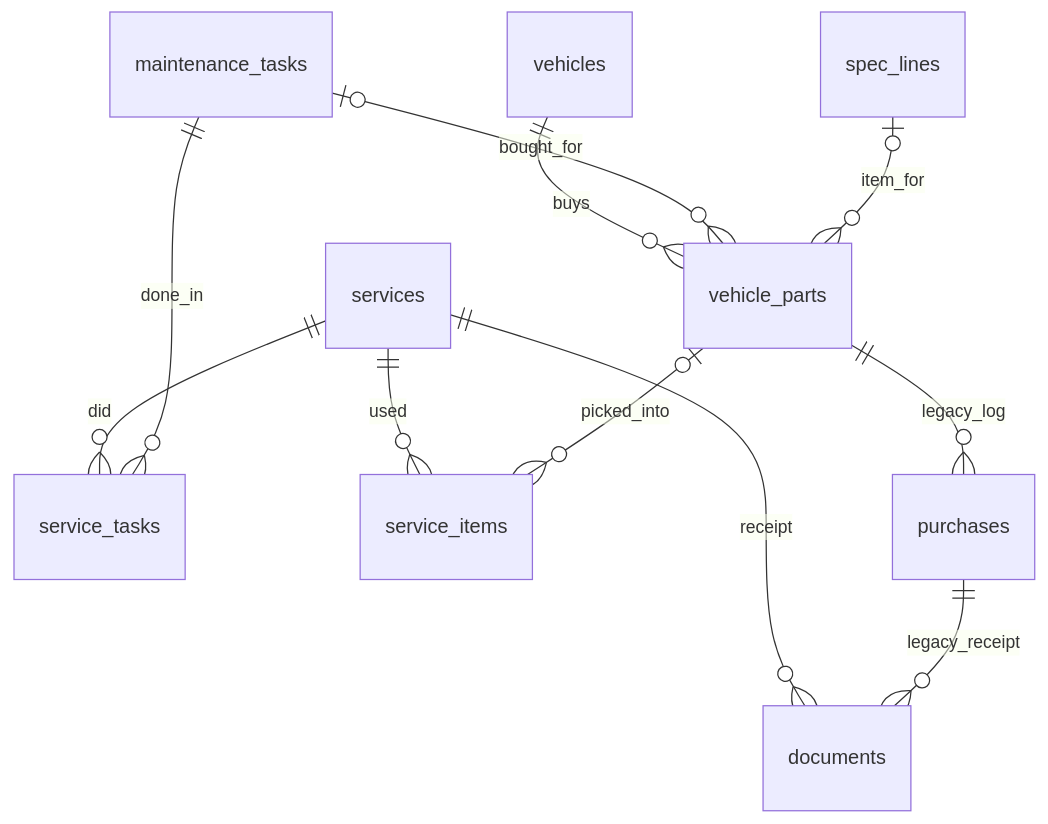
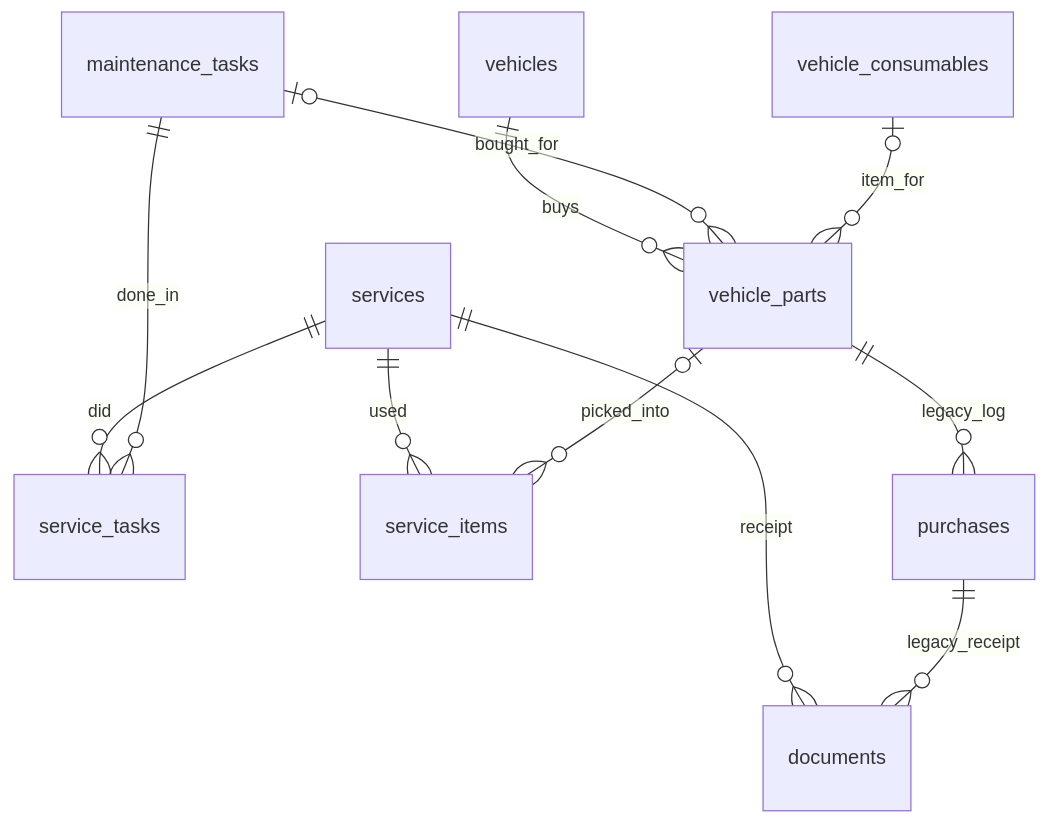
The third of 3 diagrams in docs/data-model.md (tmy-code/tmy_garage), drawn with Mermaid before and after one commit. The commit also changed other lines of this file and 56 other files, not shown here.

````diff
--- a/docs/data-model.md
+++ b/docs/data-model.md
@@ -181,13 +196,13 @@
 ```mermaid
 erDiagram
   services ||--o{ service_tasks : did
   maintenance_tasks ||--o{ service_tasks : done_in
   services ||--o{ service_items : used
   vehicles ||--o{ vehicle_parts : buys
   vehicle_parts |o--o{ service_items : picked_into
   maintenance_tasks |o--o{ vehicle_parts : bought_for
   vehicle_parts ||--o{ purchases : legacy_log
-  spec_lines |o--o{ vehicle_parts : item_for
+  vehicle_consumables |o--o{ vehicle_parts : item_for
   services ||--o{ documents : receipt
   purchases ||--o{ documents : legacy_receipt
 ```
````
